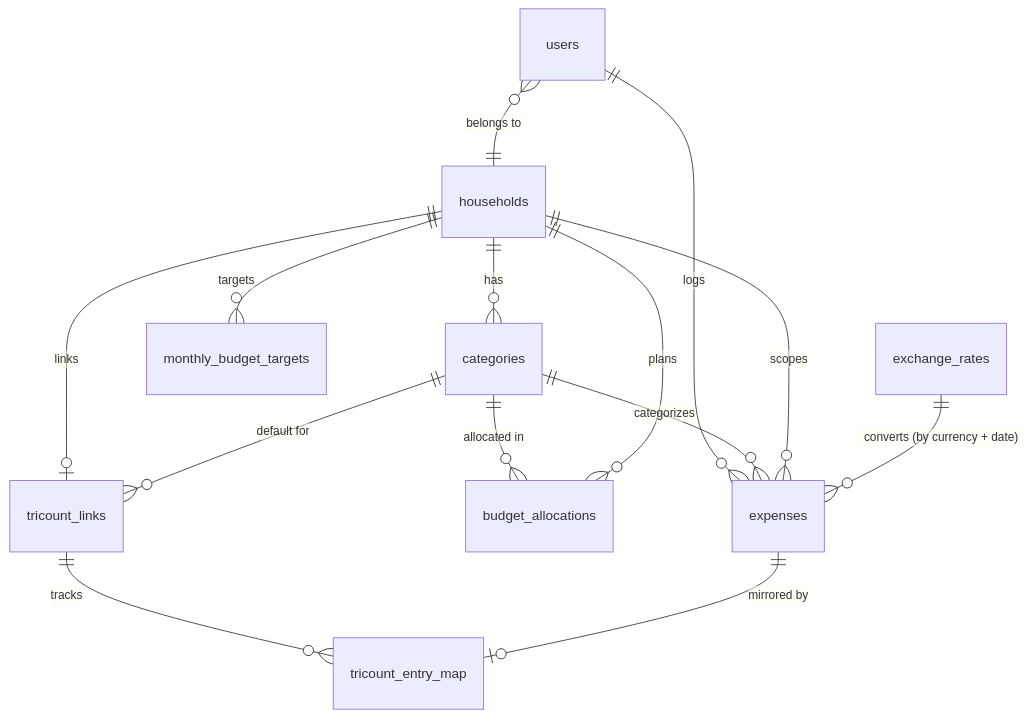
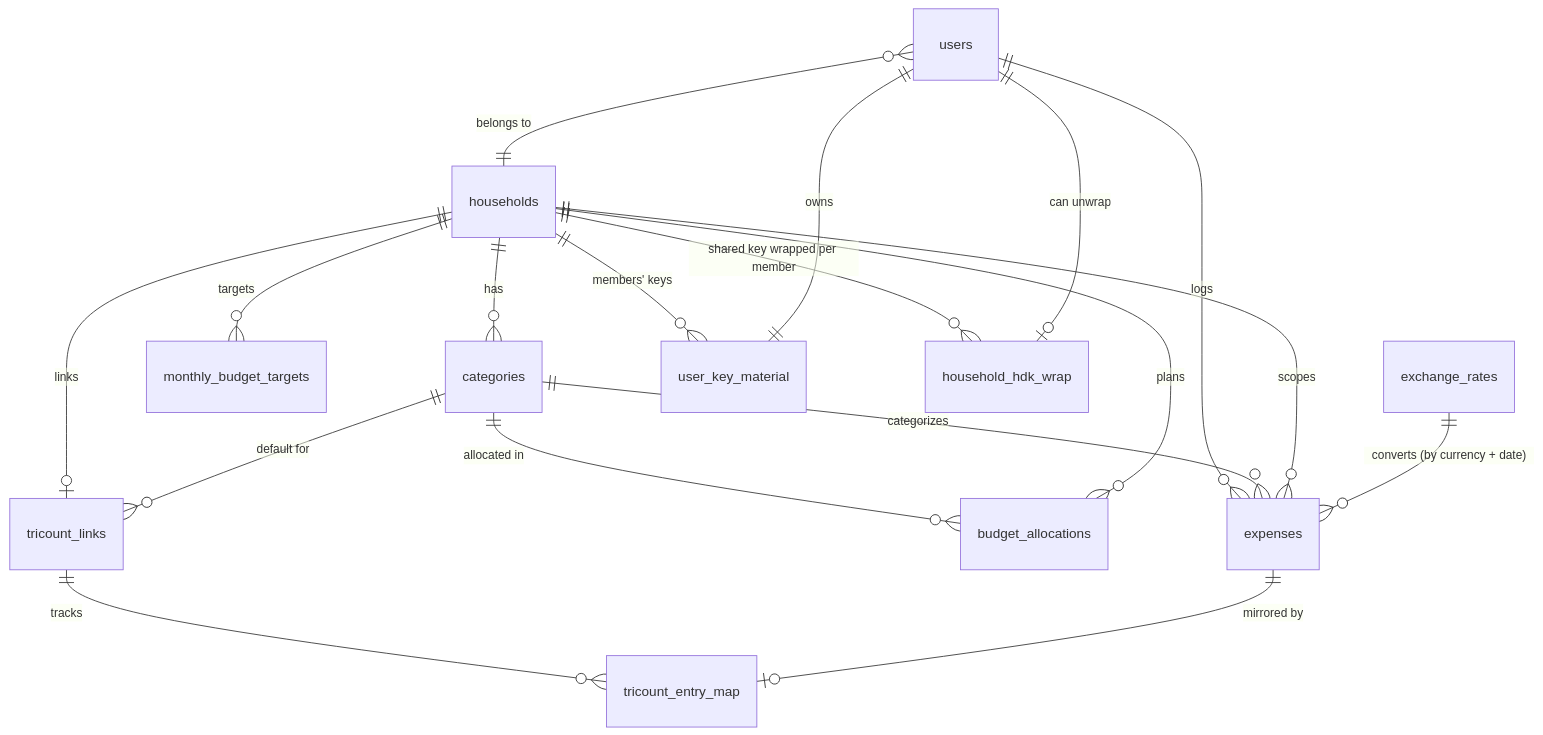
The diagram in DATA_MODEL.md (tucared/quick-budget), drawn with Mermaid before and after one commit. The commit also changed other lines of this file and 4 other files, not shown here.

````diff
--- a/DATA_MODEL.md
+++ b/DATA_MODEL.md
@@ -9,20 +9,25 @@
 ```mermaid
 erDiagram
     users }o--|| households : "belongs to"
     users ||--o{ expenses : "logs"
 
     categories ||--o{ expenses : "categorizes"
     categories ||--o{ budget_allocations : "allocated in"
 
     households ||--o{ categories : "has"
     households ||--o{ expenses : "scopes"
     households ||--o{ budget_allocations : "plans"
     households ||--o{ monthly_budget_targets : "targets"
 
     exchange_rates ||--o{ expenses : "converts (by currency + date)"
 
     households ||--o| tricount_links : "links"
     tricount_links ||--o{ tricount_entry_map : "tracks"
     expenses ||--o| tricount_entry_map : "mirrored by"
     categories ||--o{ tricount_links : "default for"
+
+    households ||--o{ user_key_material : "members' keys"
+    users ||--|| user_key_material : "owns"
+    households ||--o{ household_hdk_wrap : "shared key wrapped per member"
+    users ||--o| household_hdk_wrap : "can unwrap"
 ```
````
